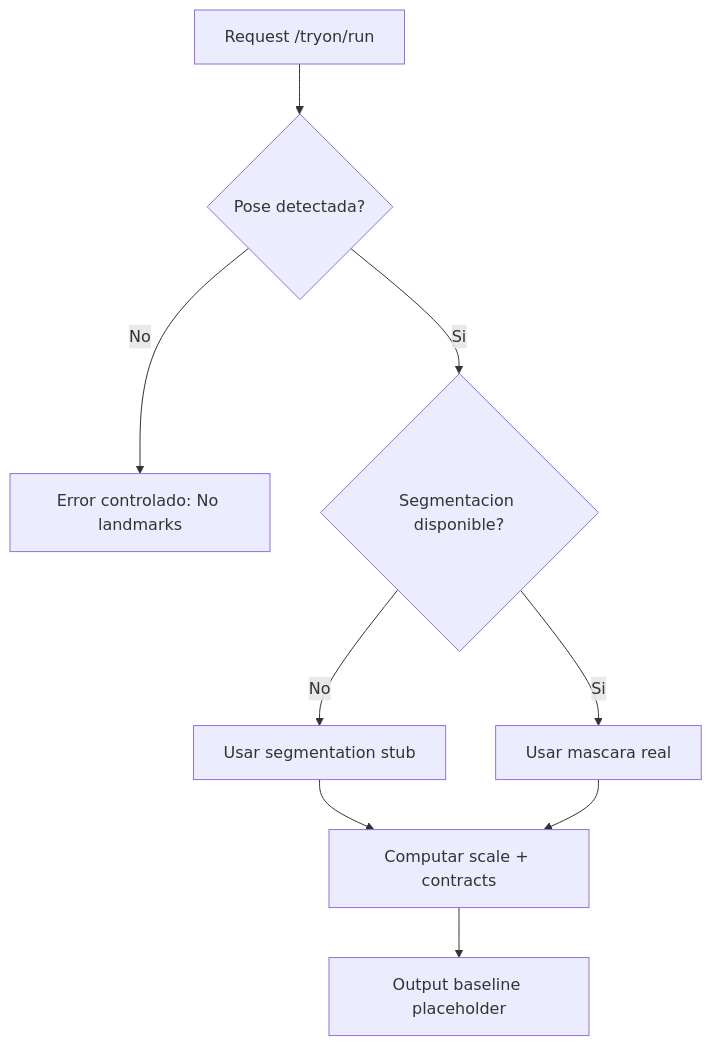
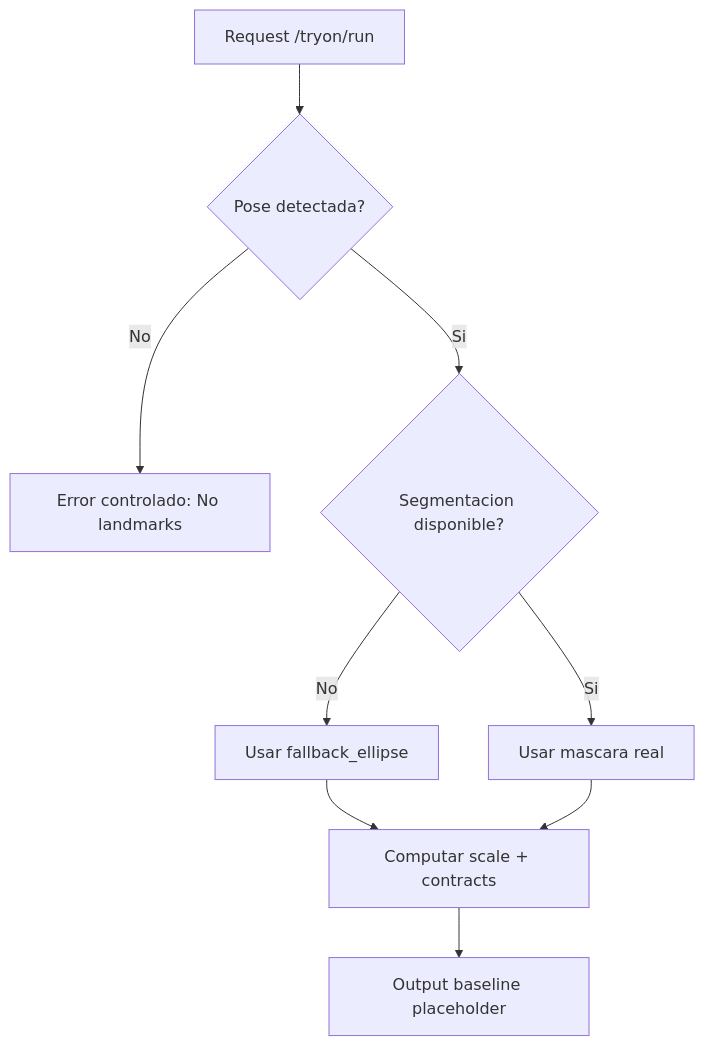
One commit to UcedaMunto/moda-y-disenio-con-IA changed the fourth of 4 diagrams in fase2_1/README.md. Above: the diagram before and after it, drawn with Mermaid. The commit also changed other lines of this file and 6 other files, not shown here.

Commit message:
fase2.1: integrar segmentacion preentrenada y diagrama puml

````diff
--- a/fase2_1/README.md
+++ b/fase2_1/README.md
@@ -159,11 +163,11 @@
 ```mermaid
 flowchart TD
    A[Request /tryon/run] --> B{Pose detectada?}
    B -- No --> E[Error controlado: No landmarks]
    B -- Si --> C{Segmentacion disponible?}
-   C -- No --> F[Usar segmentation stub]
+   C -- No --> F[Usar fallback_ellipse]
    C -- Si --> G[Usar mascara real]
    F --> H[Computar scale + contracts]
    G --> H
    H --> I[Output baseline placeholder]
 ```
````
